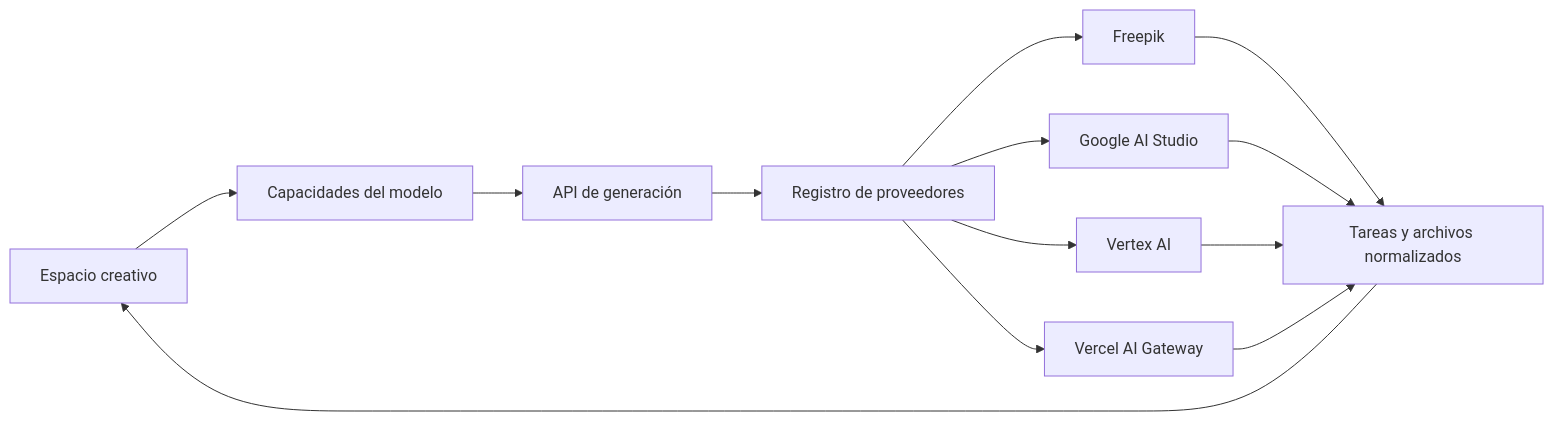
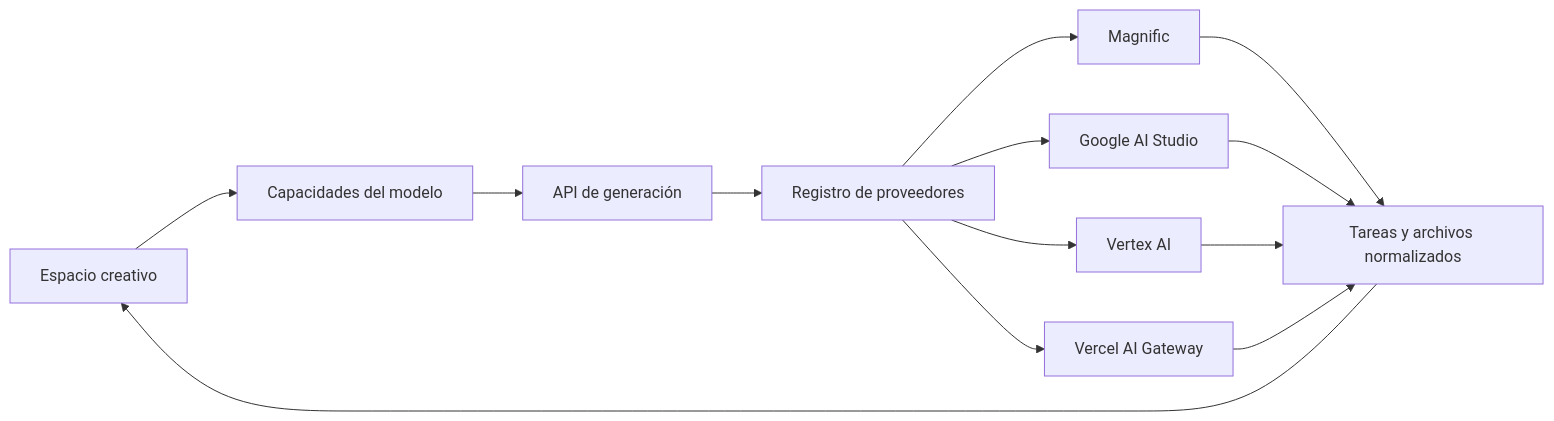
The diagram in README.es.md (TechBeme/open-higgsfield), drawn with Mermaid before and after one commit. The commit also changed other lines of this file and 268 other files, not shown here.

````diff
--- a/README.es.md
+++ b/README.es.md
@@ -99,15 +100,15 @@
 ```mermaid
 flowchart LR
     U[Espacio creativo] --> C[Capacidades del modelo]
     C --> A[API de generación]
     A --> R[Registro de proveedores]
-    R --> F[Freepik]
+    R --> F[Magnific]
     R --> G[Google AI Studio]
     R --> V[Vertex AI]
     R --> W[Vercel AI Gateway]
     F --> T[Tareas y archivos normalizados]
     G --> T
     V --> T
     W --> T
     T --> U
 ```
````
